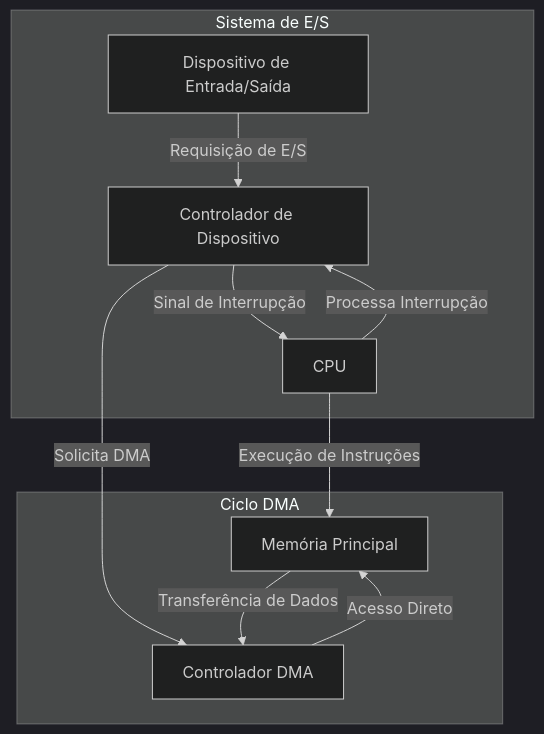
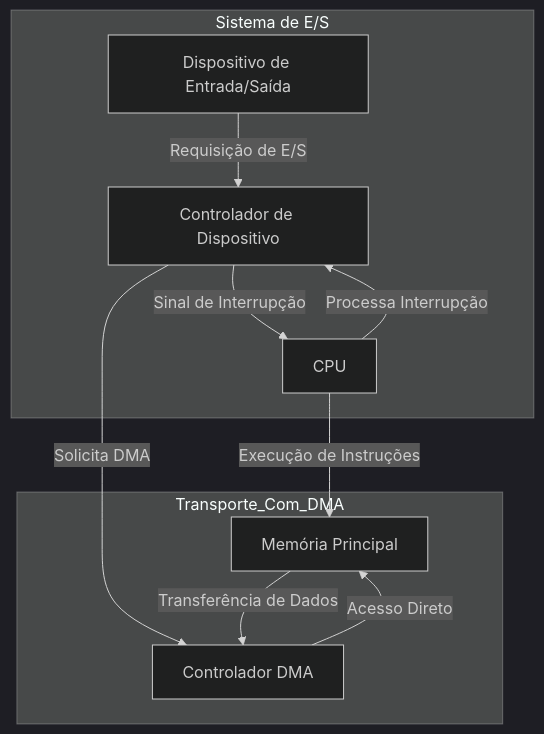
The second of 3 diagrams in operating-systems/Writerside/topics/mod1/Capitulo-1/004 - Estrutura de IO.md (mrpunkdasilva/learn-computing), drawn with Mermaid (dark theme) before and after one commit. The commit also changed other lines of this file and 9 other files, not shown here.

````diff
--- a/operating-systems/Writerside/topics/mod1/Capitulo-1/004 - Estrutura de IO.md
+++ b/operating-systems/Writerside/topics/mod1/Capitulo-1/004 - Estrutura de IO.md
@@ -89,25 +96,25 @@
 ```mermaid
 flowchart TD
 
 	subgraph Sistema de E/S
 	
 		A[Dispositivo de Entrada/Saída] -->|Requisição de E/S| B[Controlador de Dispositivo]
 		
 		B -->|Sinal de Interrupção| C[CPU]
 		
 		C -->|Processa Interrupção| B
 	
 	end
 	
-	subgraph Ciclo DMA
+	subgraph Transporte_Com_DMA
 	
 		B -->|Solicita DMA| D[Controlador DMA]
 		
 		D -->|Acesso Direto| E[Memória Principal]
 		
 		E -->|Transferência de Dados| D
 	
 	end
 	
 	C -->|Execução de Instruções| E
 ```
````
